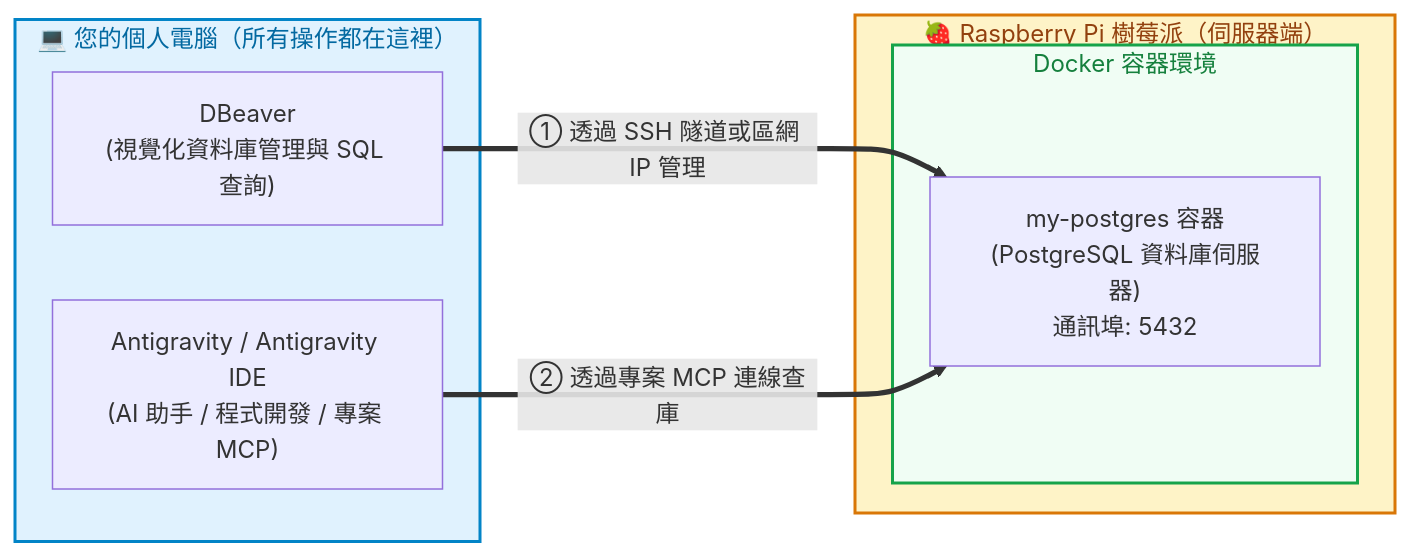
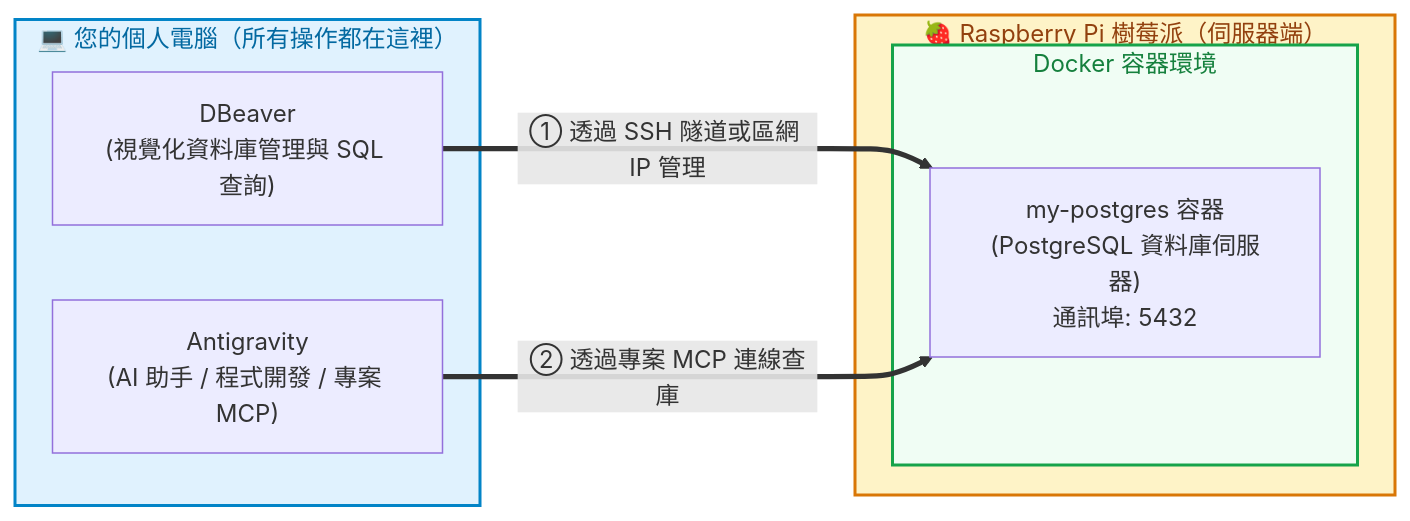
One commit to roberthsu2003/postgreSQL_MCP changed the diagram in raspberry_docker安裝/README.md. Above: the diagram before and after it, drawn with Mermaid. The commit also changed other lines of this file and 7 other files, not shown here.

Commit message:
docs: update documentation and learning roadmap for MCP server guides

````diff
--- a/raspberry_docker安裝/README.md
+++ b/raspberry_docker安裝/README.md
@@ -11,23 +11,23 @@
 ```mermaid
 graph LR
     subgraph Client ["💻 您的個人電腦（所有操作都在這裡）"]
         DBP["DBeaver<br/>(視覺化資料庫管理與 SQL 查詢)"]
-        AG["Antigravity / Antigravity IDE<br/>(AI 助手 / 程式開發 / 專案 MCP)"]
+        AG["Antigravity<br/>(AI 助手 / 程式開發 / 專案 MCP)"]
     end
 
     subgraph Pi ["🍓 Raspberry Pi 樹莓派（伺服器端）"]
         subgraph Docker ["Docker 容器環境"]
             PG["my-postgres 容器<br/>(PostgreSQL 資料庫伺服器)<br/>通訊埠: 5432"]
         end
     end
 
     DBP ==>|"① 透過 SSH 隧道或區網 IP 管理"| PG
     AG ==>|"② 透過專案 MCP 連線查庫"| PG
 
     classDef client fill:#e0f2fe,stroke:#0284c7,stroke-width:2px,color:#0369a1
     classDef server fill:#fef3c7,stroke:#d97706,stroke-width:2px,color:#92400e
     classDef docker fill:#f0fdf4,stroke:#16a34a,stroke-width:2px,color:#15803d
     class Client client
     class Pi server
     class Docker docker
 ```
````
